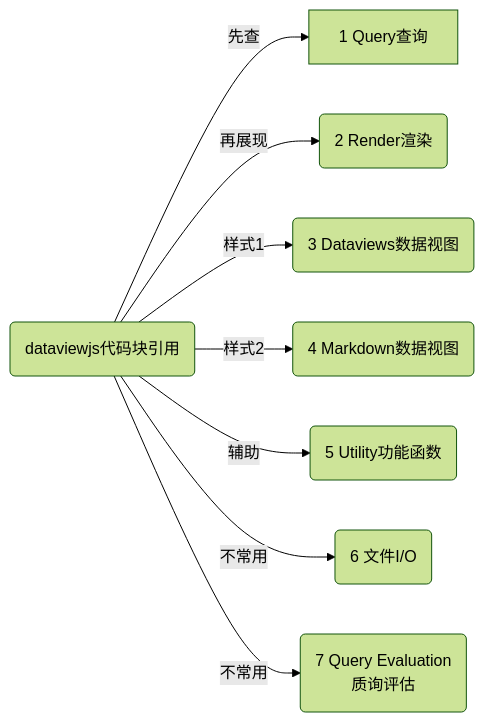
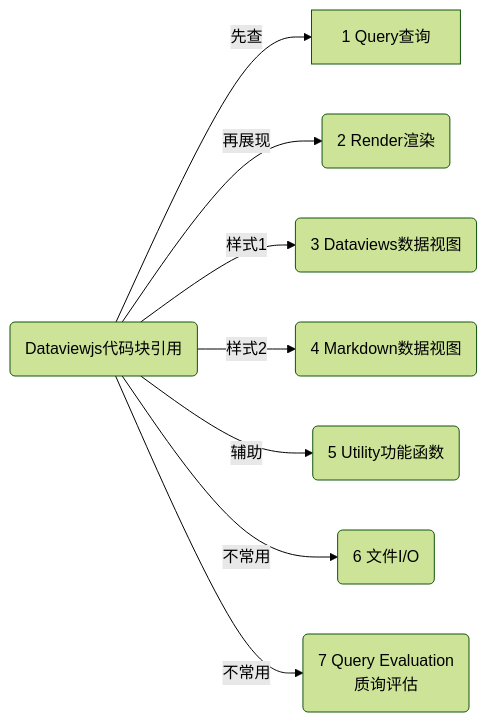
The second of 4 diagrams in docs/src/zh/dataview/dataviewjs-fuction.md (kickTiger/obsidian-doc), drawn with Mermaid (forest theme) before and after one commit. The commit also changed other lines of this file and 2 other files, not shown here.

````diff
--- a/docs/src/zh/dataview/dataviewjs-fuction.md
+++ b/docs/src/zh/dataview/dataviewjs-fuction.md
@@ -58,10 +69,10 @@
 ```mermaid
   flowchart LR
-      A("dataviewjs代码块引用") -->|"先查"| B["1 Query查询"]
+      A("Dataviewjs代码块引用") -->|"先查"| B["1 Query查询"]
       A -->|"再展现"| C("2 Render渲染")
       A -->|"样式1"| D("3 Dataviews数据视图")
       A -->|"样式2"| E("4 Markdown数据视图")
       A -->|"辅助"| F("5 Utility功能函数")
       A -->|"不常用"| G("6 文件I/O")
       A -->|"不常用"| H("7 Query Evaluation<br>质询评估")
 ```
````
